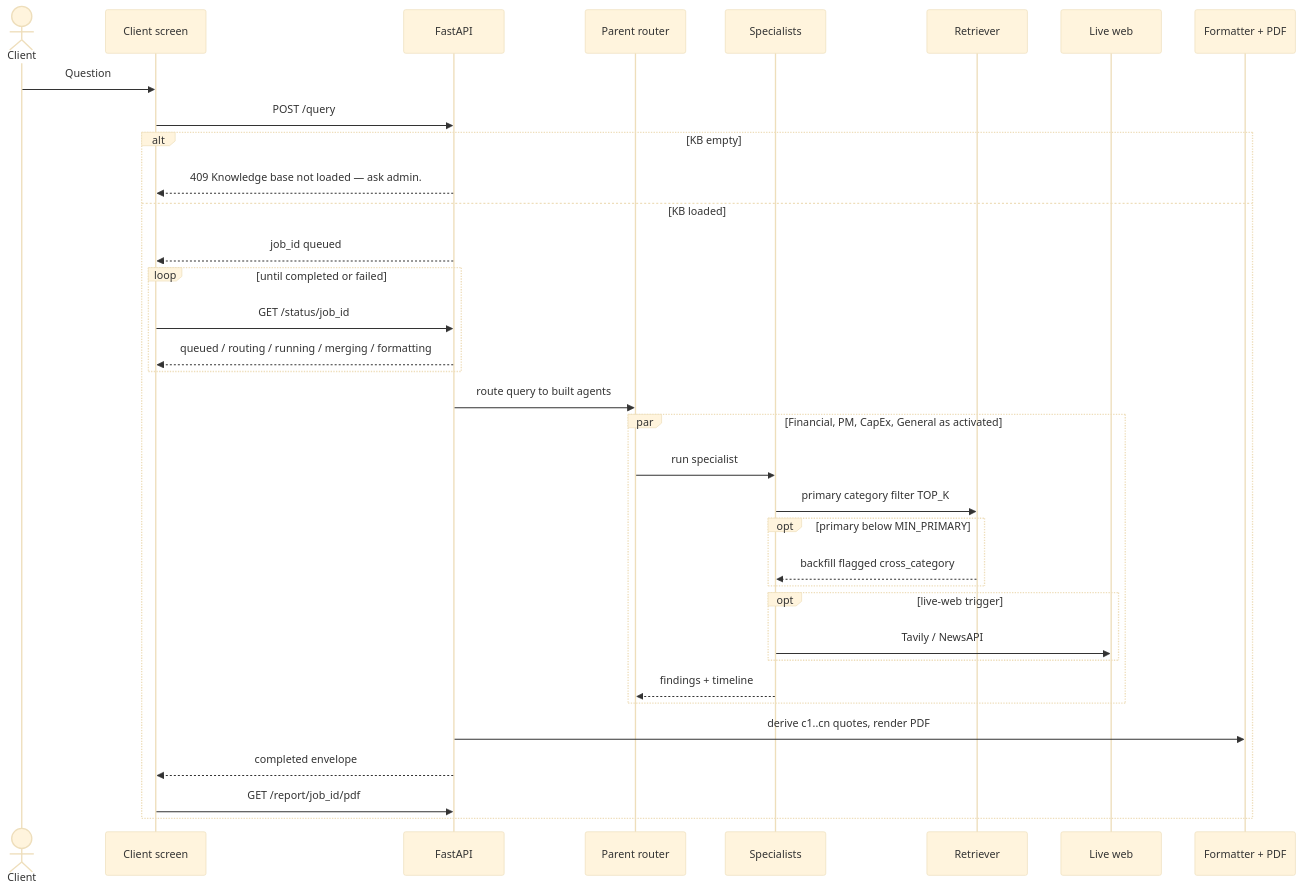
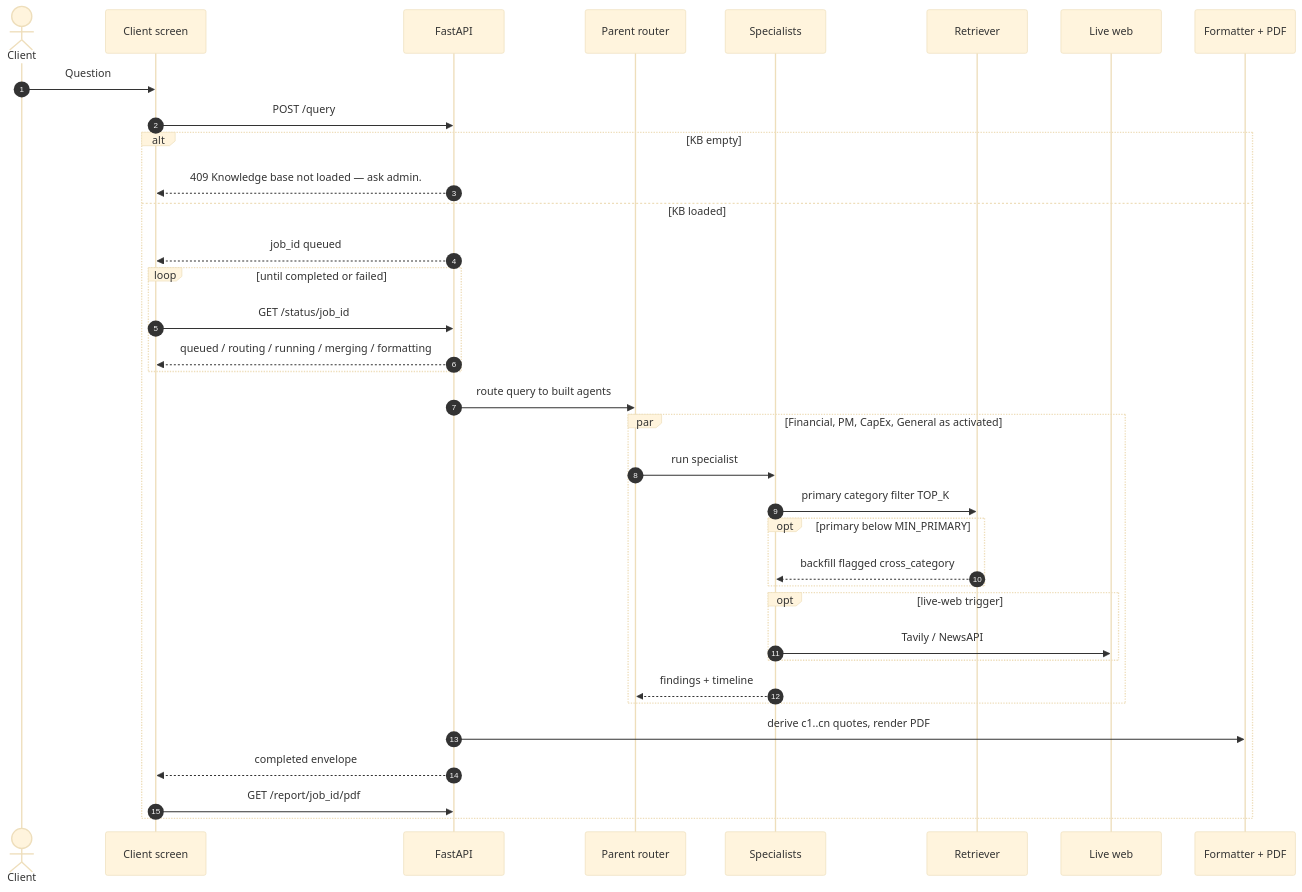
The third of 3 diagrams in README.md (parialeauge/outskillai), drawn with Mermaid (base theme) before and after one commit. The commit also changed other lines of this file and 62 other files, not shown here.

````diff
--- a/README.md
+++ b/README.md
@@ -106,38 +84,39 @@
 ```mermaid
 sequenceDiagram
+  autonumber
   actor Client
   participant UI as Client screen
   participant API as FastAPI
   participant Parent as Parent router
   participant Agents as Specialists
   participant RAG as Retriever
   participant Web as Live web
   participant Fmt as Formatter + PDF
 
   Client->>UI: Question
   UI->>API: POST /query
   alt KB empty
     API-->>UI: 409 Knowledge base not loaded — ask admin.
   else KB loaded
     API-->>UI: job_id queued
     loop until completed or failed
       UI->>API: GET /status/job_id
       API-->>UI: queued / routing / running / merging / formatting
     end
     API->>Parent: route query to built agents
     par Financial, PM, CapEx, General as activated
       Parent->>Agents: run specialist
       Agents->>RAG: primary category filter TOP_K
       opt primary below MIN_PRIMARY
         RAG-->>Agents: backfill flagged cross_category
       end
       opt live-web trigger
         Agents->>Web: Tavily / NewsAPI
       end
       Agents-->>Parent: findings + timeline
     end
     API->>Fmt: derive c1..cn quotes, render PDF
     API-->>UI: completed envelope
     UI->>API: GET /report/job_id/pdf
   end
 ```
````
